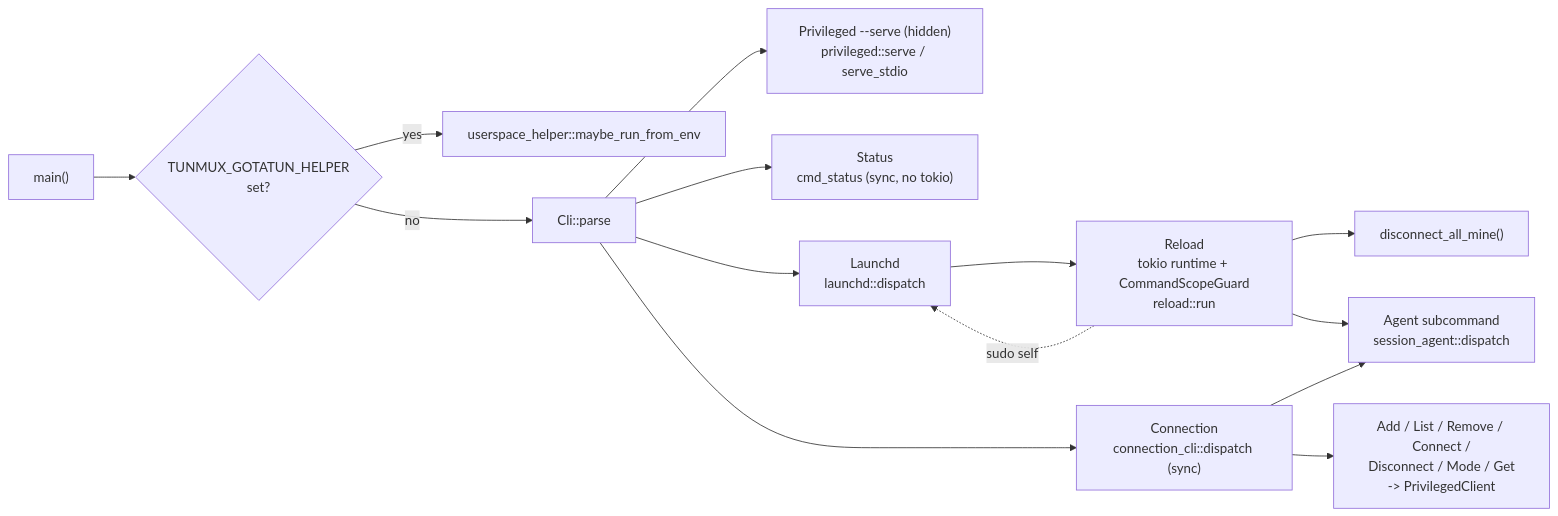
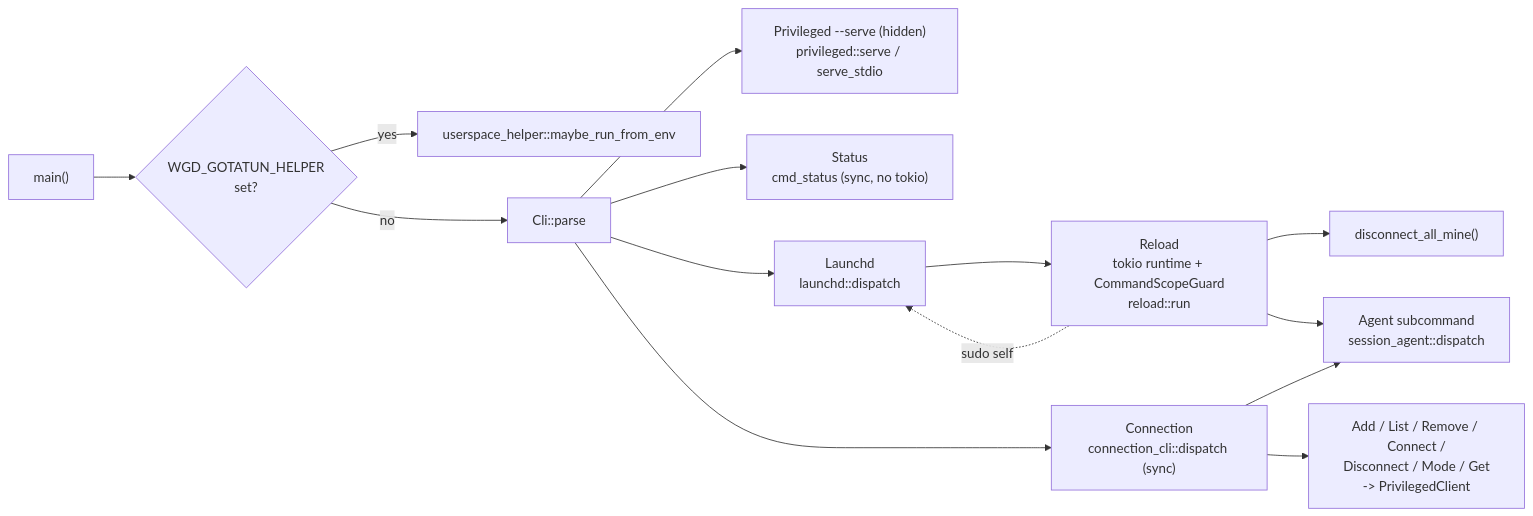
Before and after one commit to pansen/macos-wireguard-daemon: the fourth of 11 diagrams in doc/architecture.md, drawn with Mermaid. The commit also changed other lines of this file and 36 other files, not shown here.

````diff
--- a/doc/architecture.md
+++ b/doc/architecture.md
@@ -226,19 +226,19 @@
 ```mermaid
 flowchart LR
-    MAIN["main()"] --> HELPERCHK{"TUNMUX_GOTATUN_HELPER<br/>set?"}
+    MAIN["main()"] --> HELPERCHK{"WGD_GOTATUN_HELPER<br/>set?"}
     HELPERCHK -->|yes| UH["userspace_helper::maybe_run_from_env"]
     HELPERCHK -->|no| PARSE["Cli::parse"]
 
     PARSE --> PRIV["Privileged --serve (hidden)<br/>privileged::serve / serve_stdio"]
     PARSE --> STATUS["Status<br/>cmd_status (sync, no tokio)"]
     PARSE --> LAUNCHD["Launchd<br/>launchd::dispatch"]
     PARSE --> CONN["Connection<br/>connection_cli::dispatch (sync)"]
     LAUNCHD --> RELOAD["Reload<br/>tokio runtime + CommandScopeGuard<br/>reload::run"]
 
     CONN --> AGENT["Agent subcommand<br/>session_agent::dispatch"]
     CONN --> RPC["Add / List / Remove / Connect /<br/>Disconnect / Mode / Get<br/>-> PrivilegedClient"]
 
     RELOAD -.->|"sudo self"| LAUNCHD
     RELOAD --> DISCALL["disconnect_all_mine()"]
     RELOAD --> AGENT
 ```
````
